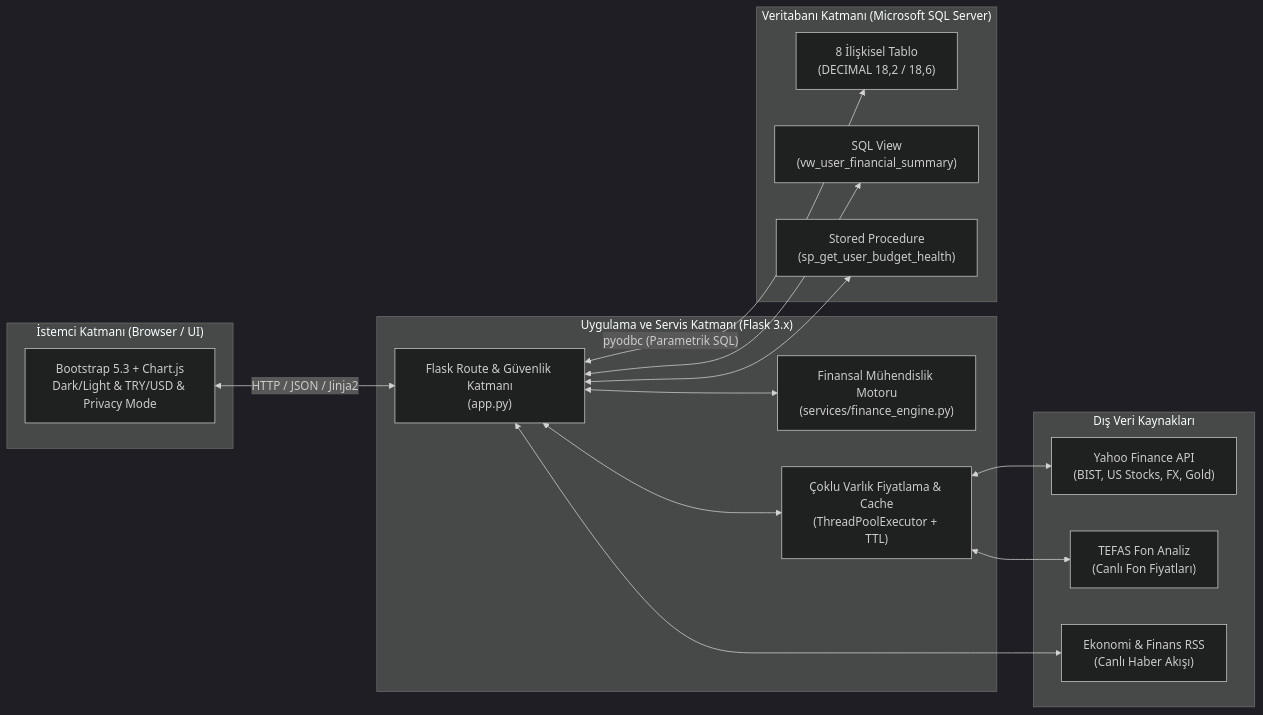
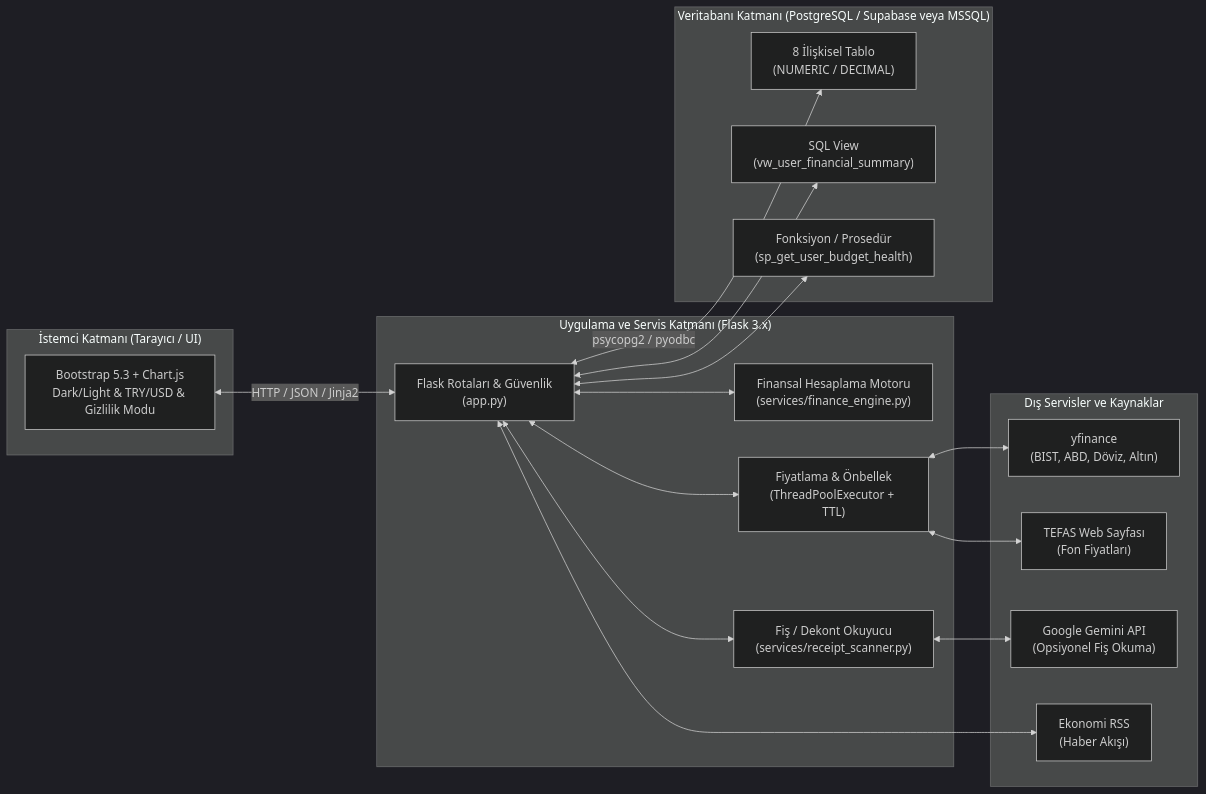
One commit to efesalihguney/moneta changed the first of 2 diagrams in README.md. Above: the diagram before and after it, drawn with Mermaid (dark theme). The commit also changed other lines of this file and 5 other files, not shown here.

````diff
--- a/README.md
+++ b/README.md
@@ -50,34 +56,38 @@
 ```mermaid
 flowchart LR
-    subgraph Client["İstemci Katmanı (Browser / UI)"]
-        UI["Bootstrap 5.3 + Chart.js\nDark/Light & TRY/USD & Privacy Mode"]
+    subgraph Client["İstemci Katmanı (Tarayıcı / UI)"]
+        UI["Bootstrap 5.3 + Chart.js\nDark/Light & TRY/USD & Gizlilik Modu"]
     end
 
     subgraph AppLayer["Uygulama ve Servis Katmanı (Flask 3.x)"]
-        Router["Flask Route & Güvenlik Katmanı\n(app.py)"]
-        FinEngine["Finansal Mühendislik Motoru\n(services/finance_engine.py)"]
-        PriceEngine["Çoklu Varlık Fiyatlama & Cache\n(ThreadPoolExecutor + TTL)"]
+        Router["Flask Rotaları & Güvenlik\n(app.py)"]
+        FinEngine["Finansal Hesaplama Motoru\n(services/finance_engine.py)"]
+        Scanner["Fiş / Dekont Okuyucu\n(services/receipt_scanner.py)"]
+        PriceEngine["Fiyatlama & Önbellek\n(ThreadPoolExecutor + TTL)"]
     end
 
-    subgraph External["Dış Veri Kaynakları"]
-        YF["Yahoo Finance API\n(BIST, US Stocks, FX, Gold)"]
-        TEFAS["TEFAS Fon Analiz\n(Canlı Fon Fiyatları)"]
-        RSS["Ekonomi & Finans RSS\n(Canlı Haber Akışı)"]
+    subgraph External["Dış Servisler ve Kaynaklar"]
+        YF["yfinance\n(BIST, ABD, Döviz, Altın)"]
+        TEFAS["TEFAS Web Sayfası\n(Fon Fiyatları)"]
+        GEMINI["Google Gemini API\n(Opsiyonel Fiş Okuma)"]
+        RSS["Ekonomi RSS\n(Haber Akışı)"]
     end
 
-    subgraph Database["Veritabanı Katmanı (Microsoft SQL Server)"]
-        Tables["8 İlişkisel Tablo\n(DECIMAL 18,2 / 18,6)"]
+    subgraph Database["Veritabanı Katmanı (PostgreSQL / Supabase veya MSSQL)"]
+        Tables["8 İlişkisel Tablo\n(NUMERIC / DECIMAL)"]
         ViewObj["SQL View\n(vw_user_financial_summary)"]
-        SPObj["Stored Procedure\n(sp_get_user_budget_health)"]
+        SPObj["Fonksiyon / Prosedür\n(sp_get_user_budget_health)"]
     end
 
     UI <-->|"HTTP / JSON / Jinja2"| Router
     Router <--> FinEngine
+    Router <--> Scanner
+    Scanner <--> GEMINI
     Router <--> PriceEngine
     PriceEngine <--> YF
     PriceEngine <--> TEFAS
     Router <--> RSS
-    Router <-->|"pyodbc (Parametrik SQL)"| Tables
+    Router <-->|"psycopg2 / pyodbc"| Tables
     Router <--> ViewObj
     Router <--> SPObj
 ```
````
